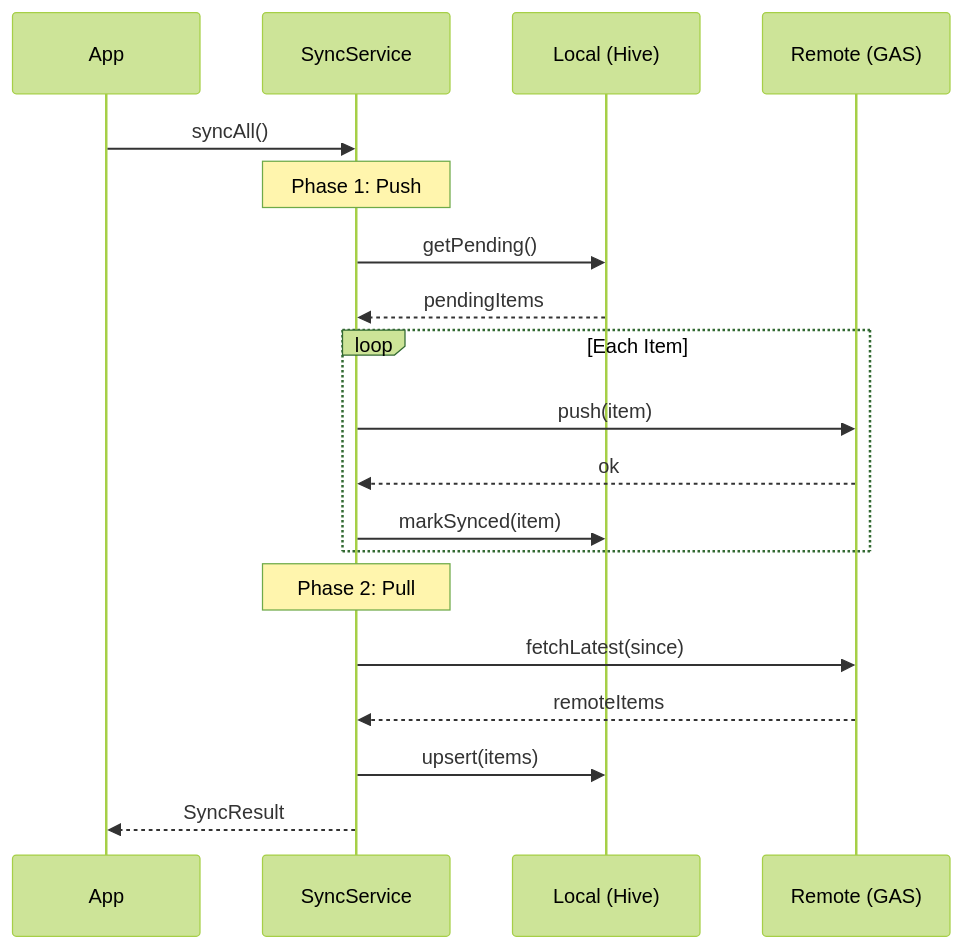
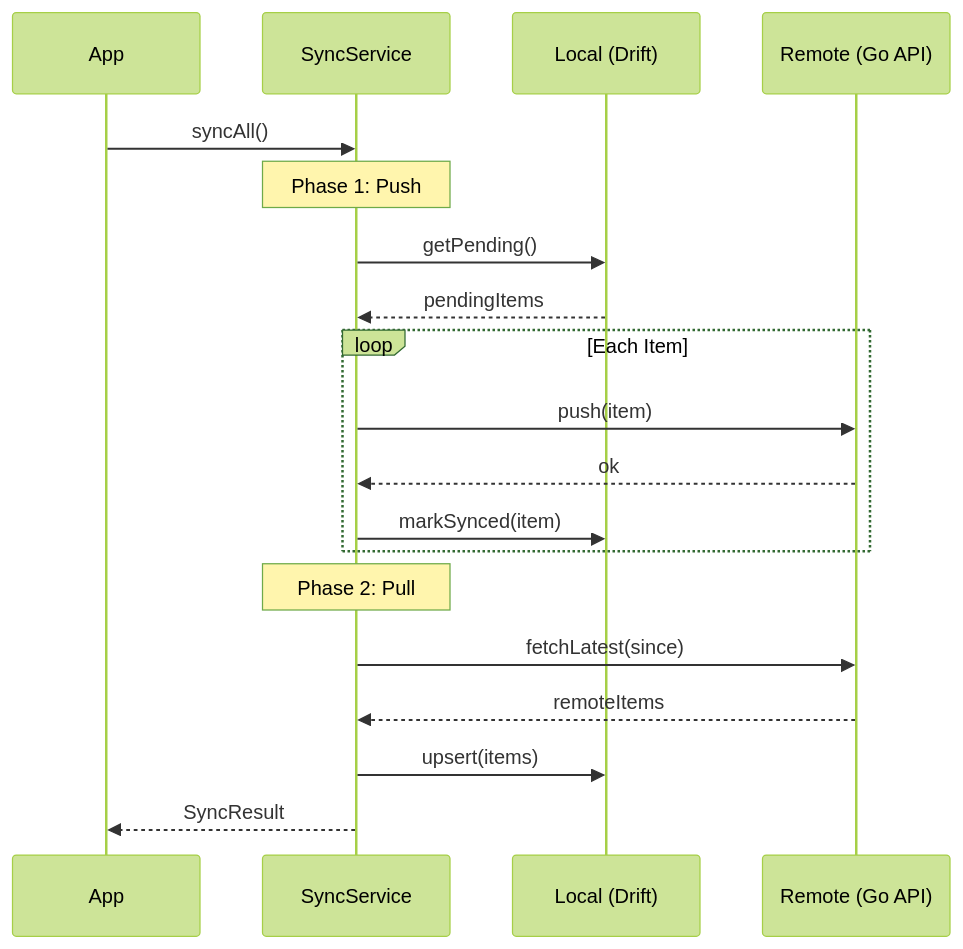
One commit to dectecx/SummitMate changed the first of 2 diagrams in docs/database/SYNC.md. Above: the diagram before and after it, drawn with Mermaid (forest theme). The commit also changed other lines of this file and 10 other files, not shown here.

Commit message:
docs: update documentation to reflect migration from Hive to Drift, Provider to Cubit, and GAS to Go DDD

````diff
--- a/docs/database/SYNC.md
+++ b/docs/database/SYNC.md
@@ -9,26 +9,26 @@
 ```mermaid
 sequenceDiagram
     participant App
     participant SyncService
-    participant Hive as Local (Hive)
-    participant GAS as Remote (GAS)
+    participant Local as Local (Drift)
+    participant Remote as Remote (Go API)
 
     App->>SyncService: syncAll()
 
     Note over SyncService: Phase 1: Push
-    SyncService->>Hive: getPending()
-    Hive-->>SyncService: pendingItems
+    SyncService->>Local: getPending()
+    Local-->>SyncService: pendingItems
 
     loop Each Item
-        SyncService->>GAS: push(item)
-        GAS-->>SyncService: ok
-        SyncService->>Hive: markSynced(item)
+        SyncService->>Remote: push(item)
+        Remote-->>SyncService: ok
+        SyncService->>Local: markSynced(item)
     end
 
     Note over SyncService: Phase 2: Pull
-    SyncService->>GAS: fetchLatest(since)
-    GAS-->>SyncService: remoteItems
-    SyncService->>Hive: upsert(items)
+    SyncService->>Remote: fetchLatest(since)
+    Remote-->>SyncService: remoteItems
+    SyncService->>Local: upsert(items)
 
     SyncService-->>App: SyncResult
 ```
````
